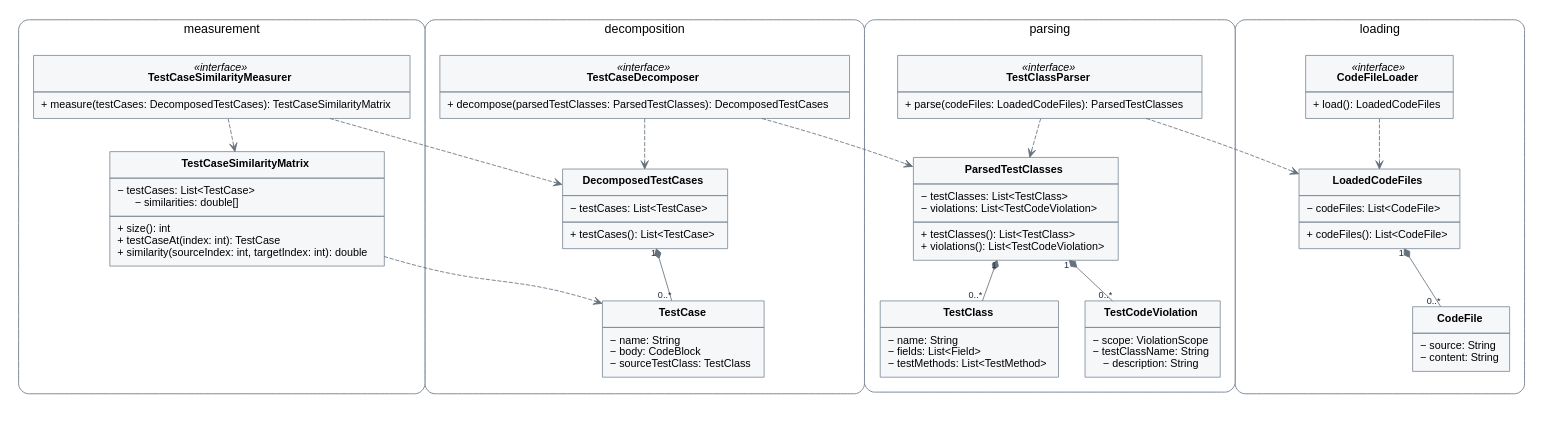
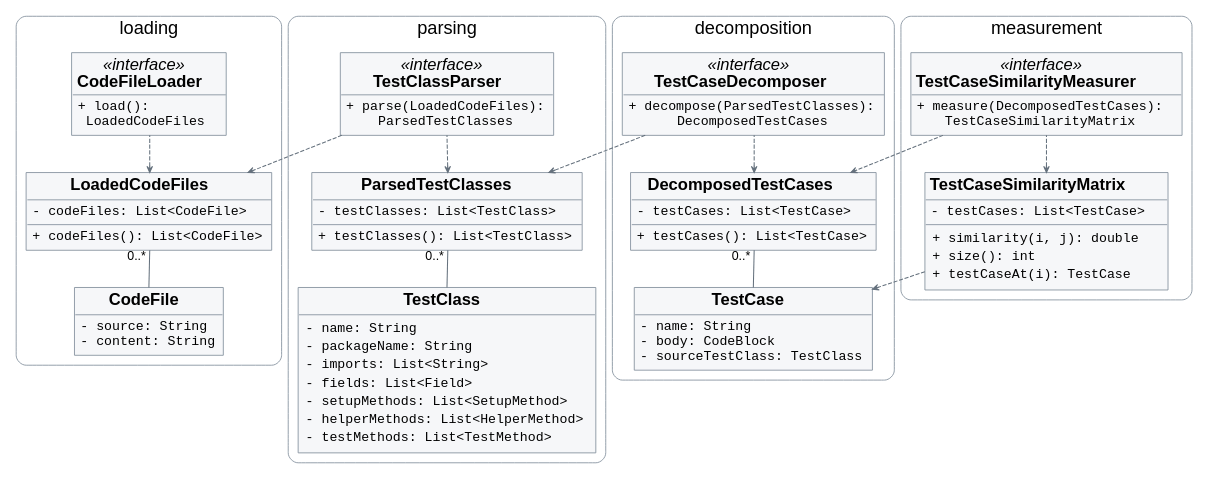
The diagram in figures/roza-class-diagram.dot (lucasPereira/qualification), drawn with Graphviz before and after one commit. The commit also changed 10 other files, not shown here.

Commit message:
Update qualification chapters and redraw the Róża class diagram

```diff
--- a/figures/roza-class-diagram.dot
+++ b/figures/roza-class-diagram.dot
@@ -1,271 +1,257 @@
 digraph RozaClassDiagram {
-  graph [
-    bgcolor="white",
-    rankdir=TB,
-    compound=true,
-    newrank=true,
-    splines=true,
-    nodesep="0.45",
-    ranksep="0.55",
-    margin="0.08",
-    pad="0.10",
-    charset="UTF-8",
-    fontname="Arial",
-    fontsize=16
-  ];
+	graph [
+		bgcolor="white",
+		center=true,
+		clusterrank=local,
+		fontname="Helvetica",
+		margin=0,
+		newrank=true,
+		nodesep=0.62,
+		pad=0.06,
+		rankdir=LR,
+		ranksep=0.45,
+		splines=line
+	];
 
-  node [
-    shape=plain,
-    fontname="Arial",
-    fontsize=13
-  ];
+	node [
+		color="#7f8c99",
+		fillcolor="#f6f7f9",
+		fontname="Helvetica",
+		fontsize=20,
+		margin="0.06,0.05",
+		shape=plain,
+		style=filled
+	];
 
-  edge [
-    color="#65717d",
-    fontname="Arial",
-    fontsize=11,
-    fontcolor="#202833"
-  ];
+	edge [
+		arrowhead=vee,
+		arrowsize=0.75,
+		color="#65717d",
+		fontname="Helvetica",
+		fontsize=15,
+		penwidth=1.25
+	];
 
-  subgraph cluster_loading {
-    label="loading";
-    labelloc="t";
-    fontsize=15;
-    fontname="Arial";
-    color="#7f8c99";
-    penwidth=1.2;
-    style="rounded";
-    margin="18";
+	subgraph cluster_loading {
+		color="#7f8c99";
+		fontname="Helvetica";
+		fontsize=22;
+		label="loading";
+		labeljust="c";
+		labelloc="t";
+		margin=12;
+		style="rounded";
 
-    CodeFileLoader [
-      label=<
-        <TABLE BORDER="0" CELLBORDER="1" CELLSPACING="0" CELLPADDING="8" COLOR="#7f8c99" BGCOLOR="#f6f7f9">
-          <TR><TD ALIGN="CENTER"><I>«interface»</I><BR/><B>CodeFileLoader</B></TD></TR>
-          <TR><TD ALIGN="LEFT">+ load(): LoadedCodeFiles</TD></TR>
-        </TABLE>
-      >
-    ];
+		CodeFileLoader [
+			label=<
+				<TABLE BORDER="1" CELLBORDER="0" CELLSPACING="0" COLOR="#7f8c99">
+					<TR><TD PORT="n" CELLPADDING="5"><I>«interface»</I><BR/><B>CodeFileLoader</B></TD></TR>
+					<TR><TD PORT="s" ALIGN="LEFT" BORDER="1" SIDES="T" CELLPADDING="5">
+						<FONT FACE="Courier" POINT-SIZE="16">+ load():</FONT><BR ALIGN="LEFT"/>
+						<FONT FACE="Courier" POINT-SIZE="16">  LoadedCodeFiles</FONT>
+					</TD></TR>
+				</TABLE>
+			>
+		];
+		LoadedCodeFiles [
+			label=<
+				<TABLE BORDER="1" CELLBORDER="0" CELLSPACING="0" COLOR="#7f8c99">
+					<TR><TD PORT="n" CELLPADDING="5"><B>LoadedCodeFiles</B></TD></TR>
+					<TR><TD ALIGN="LEFT" BORDER="1" SIDES="T" CELLPADDING="5"><FONT FACE="Courier" POINT-SIZE="16">- codeFiles: List&lt;CodeFile&gt;</FONT></TD></TR>
+					<TR><TD PORT="s" ALIGN="LEFT" BORDER="1" SIDES="T" CELLPADDING="5"><FONT FACE="Courier" POINT-SIZE="16">+ codeFiles(): List&lt;CodeFile&gt;</FONT></TD></TR>
+				</TABLE>
+			>
+		];
+		CodeFile [
+			label=<
+				<TABLE BORDER="1" CELLBORDER="0" CELLSPACING="0" COLOR="#7f8c99">
+					<TR><TD PORT="n" CELLPADDING="5"><B>CodeFile</B></TD></TR>
+					<TR><TD PORT="s" ALIGN="LEFT" BORDER="1" SIDES="T" CELLPADDING="5">
+						<FONT FACE="Courier" POINT-SIZE="16">- source: String</FONT><BR ALIGN="LEFT"/>
+						<FONT FACE="Courier" POINT-SIZE="16">- content: String</FONT>
+					</TD></TR>
+				</TABLE>
+			>
+		];
+		{ rank=same; CodeFileLoader; LoadedCodeFiles; CodeFile; }
+		CodeFile -> LoadedCodeFiles [style=invis, weight=80];
+		LoadedCodeFiles -> CodeFileLoader [style=invis, weight=80];
+	}
 
-    LoadedCodeFiles [
-      label=<
-        <TABLE BORDER="0" CELLBORDER="1" CELLSPACING="0" CELLPADDING="8" COLOR="#7f8c99" BGCOLOR="#f6f7f9">
-          <TR><TD ALIGN="CENTER"><B>LoadedCodeFiles</B></TD></TR>
-          <TR><TD ALIGN="LEFT">− codeFiles: List&lt;CodeFile&gt;</TD></TR>
-          <TR><TD ALIGN="LEFT">+ codeFiles(): List&lt;CodeFile&gt;</TD></TR>
-        </TABLE>
-      >
-    ];
+	subgraph cluster_parsing {
+		color="#7f8c99";
+		fontname="Helvetica";
+		fontsize=22;
+		label="parsing";
+		labeljust="c";
+		labelloc="t";
+		margin=12;
+		style="rounded";
 
-    CodeFile [
-      label=<
-        <TABLE BORDER="0" CELLBORDER="1" CELLSPACING="0" CELLPADDING="8" COLOR="#7f8c99" BGCOLOR="#f6f7f9">
-          <TR><TD ALIGN="CENTER"><B>CodeFile</B></TD></TR>
-          <TR><TD ALIGN="LEFT">− source: String<BR ALIGN="LEFT"/>− content: String</TD></TR>
-        </TABLE>
-      >
-    ];
+		TestClassParser [
+			label=<
+				<TABLE BORDER="1" CELLBORDER="0" CELLSPACING="0" COLOR="#7f8c99">
+					<TR><TD PORT="n" CELLPADDING="5"><I>«interface»</I><BR/><B>TestClassParser</B></TD></TR>
+					<TR><TD PORT="s" ALIGN="LEFT" BORDER="1" SIDES="T" CELLPADDING="5">
+						<FONT FACE="Courier" POINT-SIZE="16">+ parse(LoadedCodeFiles):</FONT><BR ALIGN="LEFT"/>
+						<FONT FACE="Courier" POINT-SIZE="16">  ParsedTestClasses</FONT>
+					</TD></TR>
+				</TABLE>
+			>
+		];
+		ParsedTestClasses [
+			label=<
+				<TABLE BORDER="1" CELLBORDER="0" CELLSPACING="0" COLOR="#7f8c99">
+					<TR><TD PORT="n" CELLPADDING="5"><B>ParsedTestClasses</B></TD></TR>
+					<TR><TD ALIGN="LEFT" BORDER="1" SIDES="T" CELLPADDING="5"><FONT FACE="Courier" POINT-SIZE="16">- testClasses: List&lt;TestClass&gt;</FONT></TD></TR>
+					<TR><TD PORT="s" ALIGN="LEFT" BORDER="1" SIDES="T" CELLPADDING="5"><FONT FACE="Courier" POINT-SIZE="16">+ testClasses(): List&lt;TestClass&gt;</FONT></TD></TR>
+				</TABLE>
+			>
+		];
+		TestClass [
+			label=<
+				<TABLE BORDER="1" CELLBORDER="0" CELLSPACING="0" COLOR="#7f8c99">
+					<TR><TD PORT="n" CELLPADDING="5"><B>TestClass</B></TD></TR>
+					<TR><TD ALIGN="LEFT" BORDER="1" SIDES="T" CELLPADDING="5">
+						<TABLE ALIGN="LEFT" BORDER="0" CELLBORDER="0" CELLSPACING="0">
+							<TR><TD ALIGN="LEFT"><FONT FACE="Courier" POINT-SIZE="16">- name: String</FONT></TD></TR>
+							<TR><TD ALIGN="LEFT"><FONT FACE="Courier" POINT-SIZE="16">- packageName: String</FONT></TD></TR>
+							<TR><TD ALIGN="LEFT"><FONT FACE="Courier" POINT-SIZE="16">- imports: List&lt;String&gt;</FONT></TD></TR>
+							<TR><TD ALIGN="LEFT"><FONT FACE="Courier" POINT-SIZE="16">- fields: List&lt;Field&gt;</FONT></TD></TR>
+							<TR><TD ALIGN="LEFT"><FONT FACE="Courier" POINT-SIZE="16">- setupMethods: List&lt;SetupMethod&gt;</FONT></TD></TR>
+							<TR><TD ALIGN="LEFT"><FONT FACE="Courier" POINT-SIZE="16">- helperMethods: List&lt;HelperMethod&gt;</FONT></TD></TR>
+							<TR><TD ALIGN="LEFT"><FONT FACE="Courier" POINT-SIZE="16">- testMethods: List&lt;TestMethod&gt;</FONT></TD></TR>
+						</TABLE>
+					</TD></TR>
+				</TABLE>
+			>
+		];
+		{ rank=same; TestClassParser; ParsedTestClasses; TestClass; }
+		TestClass -> ParsedTestClasses [style=invis, weight=80];
+		ParsedTestClasses -> TestClassParser [style=invis, weight=80];
+	}
 
-    LoadingSpacer [
-      shape=box,
-      style=invis,
-      fixedsize=true,
-      width=2.26,
-      height=1.33,
-      label=""
-    ];
-  }
+	subgraph cluster_decomposition {
+		color="#7f8c99";
+		fontname="Helvetica";
+		fontsize=22;
+		label="decomposition";
+		labeljust="c";
+		labelloc="t";
+		margin=12;
+		style="rounded";
 
-  subgraph cluster_parsing {
-    label="parsing";
-    labelloc="t";
-    fontsize=15;
-    fontname="Arial";
-    color="#7f8c99";
-    penwidth=1.2;
-    style="rounded";
-    margin="18";
+		TestCaseDecomposer [
+			label=<
+				<TABLE BORDER="1" CELLBORDER="0" CELLSPACING="0" COLOR="#7f8c99">
+					<TR><TD PORT="n" CELLPADDING="5"><I>«interface»</I><BR/><B>TestCaseDecomposer</B></TD></TR>
+					<TR><TD PORT="s" ALIGN="LEFT" BORDER="1" SIDES="T" CELLPADDING="5">
+						<FONT FACE="Courier" POINT-SIZE="16">+ decompose(ParsedTestClasses):</FONT><BR ALIGN="LEFT"/>
+						<FONT FACE="Courier" POINT-SIZE="16">  DecomposedTestCases</FONT>
+					</TD></TR>
+				</TABLE>
+			>
+		];
+		DecomposedTestCases [
+			label=<
+				<TABLE BORDER="1" CELLBORDER="0" CELLSPACING="0" COLOR="#7f8c99">
+					<TR><TD PORT="n" CELLPADDING="5"><B>DecomposedTestCases</B></TD></TR>
+					<TR><TD ALIGN="LEFT" BORDER="1" SIDES="T" CELLPADDING="5"><FONT FACE="Courier" POINT-SIZE="16">- testCases: List&lt;TestCase&gt;</FONT></TD></TR>
+					<TR><TD PORT="s" ALIGN="LEFT" BORDER="1" SIDES="T" CELLPADDING="5"><FONT FACE="Courier" POINT-SIZE="16">+ testCases(): List&lt;TestCase&gt;</FONT></TD></TR>
+				</TABLE>
+			>
+		];
+		TestCase [
+			label=<
+				<TABLE BORDER="1" CELLBORDER="0" CELLSPACING="0" COLOR="#7f8c99">
+					<TR><TD PORT="n" CELLPADDING="5"><B>TestCase</B></TD></TR>
+					<TR><TD PORT="s" ALIGN="LEFT" BORDER="1" SIDES="T" CELLPADDING="5">
+						<FONT FACE="Courier" POINT-SIZE="16">- name: String</FONT><BR ALIGN="LEFT"/>
+						<FONT FACE="Courier" POINT-SIZE="16">- body: CodeBlock</FONT><BR ALIGN="LEFT"/>
+						<FONT FACE="Courier" POINT-SIZE="16">- sourceTestClass: TestClass</FONT>
+					</TD></TR>
+				</TABLE>
+			>
+		];
+		{ rank=same; TestCaseDecomposer; DecomposedTestCases; TestCase; }
+		TestCase -> DecomposedTestCases [style=invis, weight=80];
+		DecomposedTestCases -> TestCaseDecomposer [style=invis, weight=80];
+	}
 
-    TestClassParser [
-      label=<
-        <TABLE BORDER="0" CELLBORDER="1" CELLSPACING="0" CELLPADDING="8" COLOR="#7f8c99" BGCOLOR="#f6f7f9">
-          <TR><TD ALIGN="CENTER"><I>«interface»</I><BR/><B>TestClassParser</B></TD></TR>
-          <TR><TD ALIGN="LEFT">+ parse(codeFiles: LoadedCodeFiles): ParsedTestClasses</TD></TR>
-        </TABLE>
-      >
-    ];
+	subgraph cluster_measurement {
+		color="#7f8c99";
+		fontname="Helvetica";
+		fontsize=22;
+		label="measurement";
+		labeljust="c";
+		labelloc="t";
+		margin=12;
+		style="rounded";
 
-    ParsedTestClasses [
-      label=<
-        <TABLE BORDER="0" CELLBORDER="1" CELLSPACING="0" CELLPADDING="8" COLOR="#7f8c99" BGCOLOR="#f6f7f9">
-          <TR><TD ALIGN="CENTER"><B>ParsedTestClasses</B></TD></TR>
-          <TR><TD ALIGN="LEFT">− testClasses: List&lt;TestClass&gt;<BR ALIGN="LEFT"/>− violations: List&lt;TestCodeViolation&gt;</TD></TR>
-          <TR><TD ALIGN="LEFT">+ testClasses(): List&lt;TestClass&gt;<BR ALIGN="LEFT"/>+ violations(): List&lt;TestCodeViolation&gt;</TD></TR>
-        </TABLE>
-      >
-    ];
+		TestCaseSimilarityMeasurer [
+			label=<
+				<TABLE BORDER="1" CELLBORDER="0" CELLSPACING="0" COLOR="#7f8c99">
+					<TR><TD PORT="n" CELLPADDING="5"><I>«interface»</I><BR/><B>TestCaseSimilarityMeasurer</B></TD></TR>
+					<TR><TD PORT="s" ALIGN="LEFT" BORDER="1" SIDES="T" CELLPADDING="5">
+						<FONT FACE="Courier" POINT-SIZE="16">+ measure(DecomposedTestCases):</FONT><BR ALIGN="LEFT"/>
+						<FONT FACE="Courier" POINT-SIZE="16">  TestCaseSimilarityMatrix</FONT>
+					</TD></TR>
+				</TABLE>
+			>
+		];
+		TestCaseSimilarityMatrix [
+			label=<
+				<TABLE BORDER="1" CELLBORDER="0" CELLSPACING="0" COLOR="#7f8c99">
+					<TR><TD PORT="n" CELLPADDING="5"><B>TestCaseSimilarityMatrix</B></TD></TR>
+					<TR><TD ALIGN="LEFT" BORDER="1" SIDES="T" CELLPADDING="5"><FONT FACE="Courier" POINT-SIZE="16">- testCases: List&lt;TestCase&gt;</FONT></TD></TR>
+					<TR><TD ALIGN="LEFT" BORDER="1" SIDES="T" CELLPADDING="5">
+						<TABLE ALIGN="LEFT" BORDER="0" CELLBORDER="0" CELLSPACING="0">
+							<TR><TD ALIGN="LEFT"><FONT FACE="Courier" POINT-SIZE="16">+ similarity(i, j): double</FONT></TD></TR>
+							<TR><TD ALIGN="LEFT"><FONT FACE="Courier" POINT-SIZE="16">+ size(): int</FONT></TD></TR>
+							<TR><TD ALIGN="LEFT"><FONT FACE="Courier" POINT-SIZE="16">+ testCaseAt(i): TestCase</FONT></TD></TR>
+						</TABLE>
+					</TD></TR>
+				</TABLE>
+			>
+		];
+		{ rank=same; TestCaseSimilarityMeasurer; TestCaseSimilarityMatrix; }
+		TestCaseSimilarityMatrix -> TestCaseSimilarityMeasurer [style=invis, weight=80];
+	}
 
-    TestClass [
-      label=<
-        <TABLE BORDER="0" CELLBORDER="1" CELLSPACING="0" CELLPADDING="8" COLOR="#7f8c99" BGCOLOR="#f6f7f9">
-          <TR><TD ALIGN="CENTER"><B>TestClass</B></TD></TR>
-          <TR><TD ALIGN="LEFT">− name: String<BR ALIGN="LEFT"/>− fields: List&lt;Field&gt;<BR ALIGN="LEFT"/>− testMethods: List&lt;TestMethod&gt;</TD></TR>
-        </TABLE>
-      >
-    ];
+	CodeFileLoader -> TestClassParser [style=invis, weight=40];
+	TestClassParser -> TestCaseDecomposer [style=invis, weight=40];
+	TestCaseDecomposer -> TestCaseSimilarityMeasurer [style=invis, weight=40];
 
-    TestCodeViolation [
-      label=<
-        <TABLE BORDER="0" CELLBORDER="1" CELLSPACING="0" CELLPADDING="8" COLOR="#7f8c99" BGCOLOR="#f6f7f9">
-          <TR><TD ALIGN="CENTER"><B>TestCodeViolation</B></TD></TR>
-          <TR><TD ALIGN="LEFT">− scope: ViolationScope<BR ALIGN="LEFT"/>− testClassName: String<BR ALIGN="LEFT"/>− description: String</TD></TR>
-        </TABLE>
-      >
-    ];
-  }
+	CodeFileLoader:s -> LoadedCodeFiles:n [constraint=false, style=dashed];
+	LoadedCodeFiles:s -> CodeFile:n [
+		arrowhead=none,
+		arrowtail=diamond,
+		constraint=false,
+		dir=both,
+		headlabel="  0..*"
+	];
 
-  subgraph cluster_decomposition {
-    label="decomposition";
-    labelloc="t";
-    fontsize=15;
-    fontname="Arial";
-    color="#7f8c99";
-    penwidth=1.2;
-    style="rounded";
-    margin="18";
+	TestClassParser -> LoadedCodeFiles [constraint=false, style=dashed];
+	TestClassParser:s -> ParsedTestClasses:n [constraint=false, style=dashed];
+	ParsedTestClasses:s -> TestClass:n [
+		arrowhead=none,
+		arrowtail=diamond,
+		constraint=false,
+		dir=both,
+		headlabel="  0..*"
+	];
 
-    TestCaseDecomposer [
-      label=<
-        <TABLE BORDER="0" CELLBORDER="1" CELLSPACING="0" CELLPADDING="8" COLOR="#7f8c99" BGCOLOR="#f6f7f9">
-          <TR><TD ALIGN="CENTER"><I>«interface»</I><BR/><B>TestCaseDecomposer</B></TD></TR>
-          <TR><TD ALIGN="LEFT">+ decompose(parsedTestClasses: ParsedTestClasses): DecomposedTestCases</TD></TR>
-        </TABLE>
-      >
-    ];
+	TestCaseDecomposer -> ParsedTestClasses [constraint=false, style=dashed];
+	TestCaseDecomposer:s -> DecomposedTestCases:n [constraint=false, style=dashed];
+	DecomposedTestCases:s -> TestCase:n [
+		arrowhead=none,
+		arrowtail=diamond,
+		constraint=false,
+		dir=both,
+		headlabel="  0..*"
+	];
 
-    DecomposedTestCases [
-      label=<
-        <TABLE BORDER="0" CELLBORDER="1" CELLSPACING="0" CELLPADDING="8" COLOR="#7f8c99" BGCOLOR="#f6f7f9">
-          <TR><TD ALIGN="CENTER"><B>DecomposedTestCases</B></TD></TR>
-          <TR><TD ALIGN="LEFT">− testCases: List&lt;TestCase&gt;</TD></TR>
-          <TR><TD ALIGN="LEFT">+ testCases(): List&lt;TestCase&gt;</TD></TR>
-        </TABLE>
-      >
-    ];
-
-    TestCase [
-      label=<
-        <TABLE BORDER="0" CELLBORDER="1" CELLSPACING="0" CELLPADDING="8" COLOR="#7f8c99" BGCOLOR="#f6f7f9">
-          <TR><TD ALIGN="CENTER"><B>TestCase</B></TD></TR>
-          <TR><TD ALIGN="LEFT">− name: String<BR ALIGN="LEFT"/>− body: CodeBlock<BR ALIGN="LEFT"/>− sourceTestClass: TestClass</TD></TR>
-        </TABLE>
-      >
-    ];
-
-    DecompositionSpacer [
-      shape=box,
-      style=invis,
-      fixedsize=true,
-      width=2.26,
-      height=1.33,
-      label=""
-    ];
-  }
-
-  subgraph cluster_measurement {
-    label="measurement";
-    labelloc="t";
-    fontsize=15;
-    fontname="Arial";
-    color="#7f8c99";
-    penwidth=1.2;
-    style="rounded";
-    margin="18";
-
-    TestCaseSimilarityMeasurer [
-      label=<
-        <TABLE BORDER="0" CELLBORDER="1" CELLSPACING="0" CELLPADDING="8" COLOR="#7f8c99" BGCOLOR="#f6f7f9">
-          <TR><TD ALIGN="CENTER"><I>«interface»</I><BR/><B>TestCaseSimilarityMeasurer</B></TD></TR>
-          <TR><TD ALIGN="LEFT">+ measure(testCases: DecomposedTestCases): TestCaseSimilarityMatrix</TD></TR>
-        </TABLE>
-      >
-    ];
-
-    TestCaseSimilarityMatrix [
-      label=<
-        <TABLE BORDER="0" CELLBORDER="1" CELLSPACING="0" CELLPADDING="8" COLOR="#7f8c99" BGCOLOR="#f6f7f9">
-          <TR><TD ALIGN="CENTER"><B>TestCaseSimilarityMatrix</B></TD></TR>
-          <TR><TD ALIGN="LEFT">− testCases: List&lt;TestCase&gt;<BR ALIGN="LEFT"/>− similarities: double[]</TD></TR>
-          <TR><TD ALIGN="LEFT">+ size(): int<BR ALIGN="LEFT"/>+ testCaseAt(index: int): TestCase<BR ALIGN="LEFT"/>+ similarity(sourceIndex: int, targetIndex: int): double</TD></TR>
-        </TABLE>
-      >
-    ];
-
-    MeasurementSpacerLeft [
-      shape=box,
-      style=invis,
-      fixedsize=true,
-      width=2.98,
-      height=1.33,
-      label=""
-    ];
-
-    MeasurementSpacerRight [
-      shape=box,
-      style=invis,
-      fixedsize=true,
-      width=2.26,
-      height=1.33,
-      label=""
-    ];
-  }
-
-  loading_top [shape=point, width=0.01, height=0.01, style=invis, label=""];
-  parsing_top [shape=point, width=0.01, height=0.01, style=invis, label=""];
-  decomposition_top [shape=point, width=0.01, height=0.01, style=invis, label=""];
-  measurement_top [shape=point, width=0.01, height=0.01, style=invis, label=""];
-
-  loading_bottom [shape=point, width=0.01, height=0.01, style=invis, label=""];
-  parsing_bottom [shape=point, width=0.01, height=0.01, style=invis, label=""];
-  decomposition_bottom [shape=point, width=0.01, height=0.01, style=invis, label=""];
-  measurement_bottom [shape=point, width=0.01, height=0.01, style=invis, label=""];
-
-  { rank=min; loading_top; parsing_top; decomposition_top; measurement_top; }
-  { rank=same; CodeFileLoader; TestClassParser; TestCaseDecomposer; TestCaseSimilarityMeasurer; }
-  { rank=same; LoadedCodeFiles; ParsedTestClasses; DecomposedTestCases; TestCaseSimilarityMatrix; }
-  { rank=same; CodeFile; TestClass; TestCodeViolation; TestCase; LoadingSpacer; DecompositionSpacer; MeasurementSpacerLeft; MeasurementSpacerRight; }
-  { rank=max; loading_bottom; parsing_bottom; decomposition_bottom; measurement_bottom; }
-
-  loading_top -> CodeFileLoader [style=invis, weight=0];
-  parsing_top -> TestClassParser [style=invis, weight=0];
-  decomposition_top -> TestCaseDecomposer [style=invis, weight=0];
-  measurement_top -> TestCaseSimilarityMeasurer [style=invis, weight=0];
-
-  CodeFile -> loading_bottom [style=invis, weight=0];
-  LoadingSpacer -> loading_bottom [style=invis, weight=0];
-  TestClass -> parsing_bottom [style=invis, weight=0];
-  TestCodeViolation -> parsing_bottom [style=invis, weight=0];
-  TestCase -> decomposition_bottom [style=invis, weight=0];
-  DecompositionSpacer -> decomposition_bottom [style=invis, weight=0];
-  MeasurementSpacerLeft -> measurement_bottom [style=invis, weight=0];
-  MeasurementSpacerRight -> measurement_bottom [style=invis, weight=0];
-
-  CodeFileLoader -> LoadedCodeFiles [style=dashed, arrowhead=vee];
-  LoadedCodeFiles -> CodeFile [dir=both, arrowhead=none, arrowtail=diamond, taillabel="1", headlabel="0..*"];
-  CodeFile -> LoadingSpacer [style=invis, weight=0];
-
-  TestClassParser -> LoadedCodeFiles [style=dashed, arrowhead=vee];
-  TestClassParser -> ParsedTestClasses [style=dashed, arrowhead=vee];
-  ParsedTestClasses -> TestClass [dir=both, arrowhead=none, arrowtail=diamond, taillabel="1", headlabel="0..*"];
-  ParsedTestClasses -> TestCodeViolation [dir=both, arrowhead=none, arrowtail=diamond, taillabel="1", headlabel="0..*"];
-
-  TestCaseDecomposer -> ParsedTestClasses [style=dashed, arrowhead=vee];
-  TestCaseDecomposer -> DecomposedTestCases [style=dashed, arrowhead=vee];
-  DecomposedTestCases -> TestCase [dir=both, arrowhead=none, arrowtail=diamond, taillabel="1", headlabel="0..*"];
-  TestCase -> DecompositionSpacer [style=invis, weight=0];
-
-  TestCaseSimilarityMeasurer -> DecomposedTestCases [style=dashed, arrowhead=vee];
-  TestCaseSimilarityMeasurer -> TestCaseSimilarityMatrix [style=dashed, arrowhead=vee];
-  TestCaseSimilarityMatrix -> TestCase [style=dashed, arrowhead=vee];
-  TestCaseSimilarityMatrix -> MeasurementSpacerLeft [style=invis, weight=10];
-  TestCaseSimilarityMatrix -> MeasurementSpacerRight [style=invis, weight=10];
+	TestCaseSimilarityMeasurer -> DecomposedTestCases [constraint=false, style=dashed];
+	TestCaseSimilarityMeasurer:s -> TestCaseSimilarityMatrix:n [constraint=false, style=dashed];
+	TestCaseSimilarityMatrix -> TestCase [constraint=false, style=dashed];
 }
```
